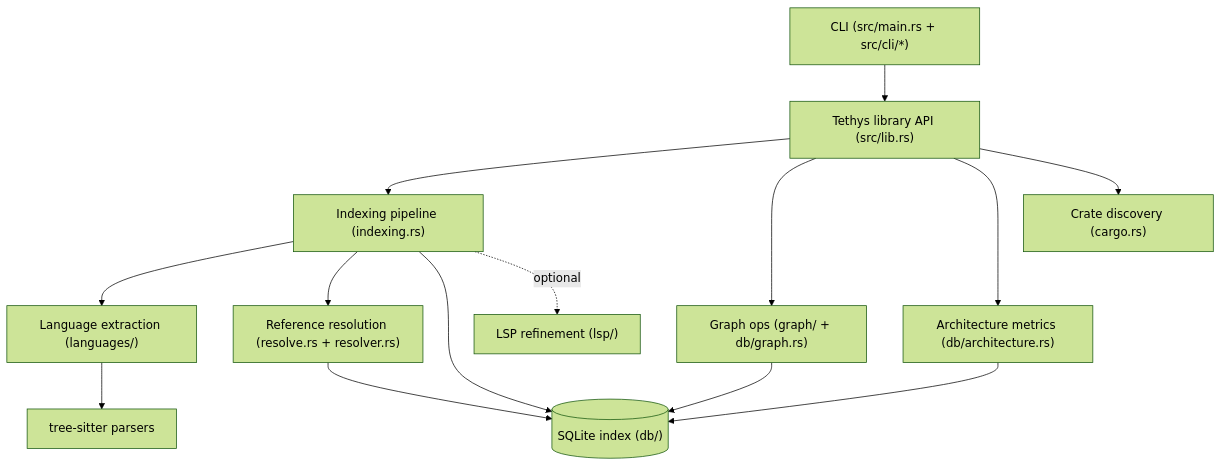
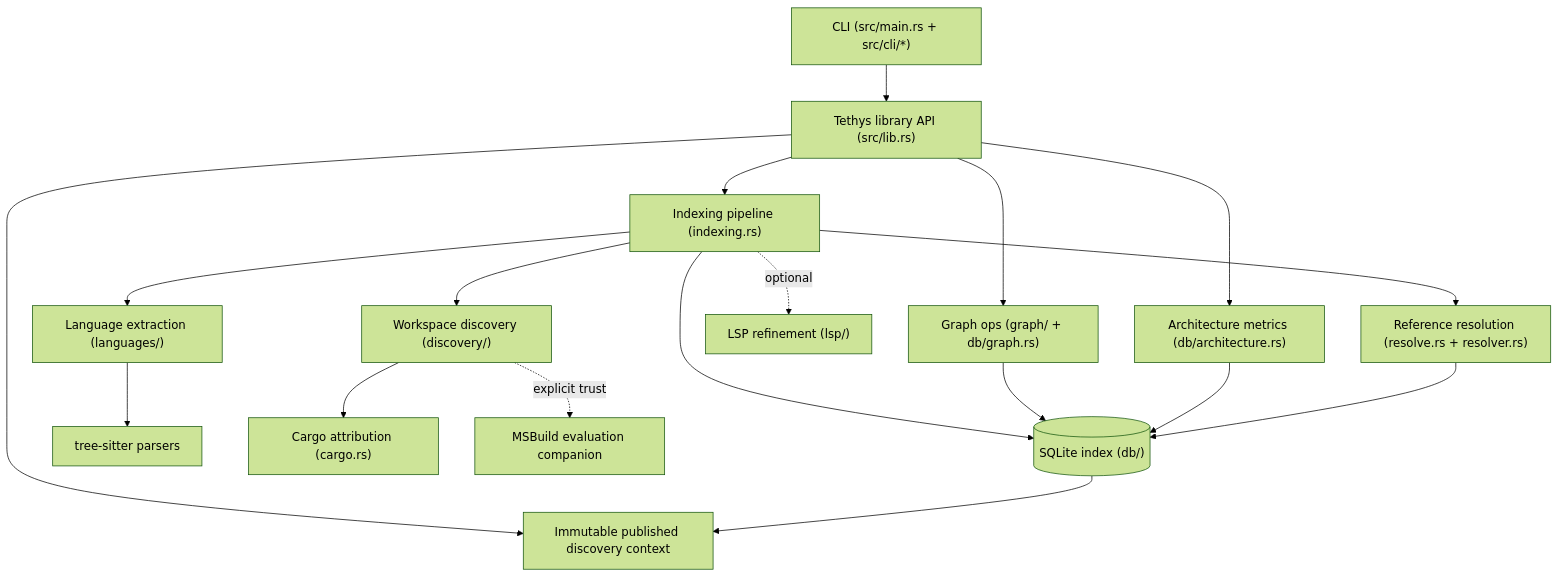
One commit to dwalleck/tethys changed the first of 5 diagrams in .agents/summary/architecture.md. Above: the diagram before and after it, drawn with Mermaid (forest theme). The commit also changed other lines of this file and 74 other files, not shown here.

Commit message:
feat(discovery): publish evaluated workspace revisions

````diff
--- a/.agents/summary/architecture.md
+++ b/.agents/summary/architecture.md
@@ -10,18 +10,22 @@
 ```mermaid
 graph TB
     CLI["CLI (src/main.rs + src/cli/*)"] --> LIB["Tethys library API (src/lib.rs)"]
     LIB --> IDX["Indexing pipeline (indexing.rs)"]
     LIB --> GRAPH["Graph ops (graph/ + db/graph.rs)"]
     LIB --> ARCH["Architecture metrics (db/architecture.rs)"]
 
     IDX --> LANG["Language extraction (languages/)"]
     IDX --> RESOLVE["Reference resolution (resolve.rs + resolver.rs)"]
     IDX --> DB[("SQLite index (db/)")]
     IDX -.optional.-> LSP["LSP refinement (lsp/)"]
 
     LANG --> TS["tree-sitter parsers"]
     GRAPH --> DB
     ARCH --> DB
     RESOLVE --> DB
-    LIB --> CARGO["Crate discovery (cargo.rs)"]
+    IDX --> DISC["Workspace discovery (discovery/)"]
+    DISC --> CARGO["Cargo attribution (cargo.rs)"]
+    DISC -.explicit trust.-> MSBUILD["MSBuild evaluation companion"]
+    LIB --> CONTEXT["Immutable published discovery context"]
+    DB --> CONTEXT
 ```
````
